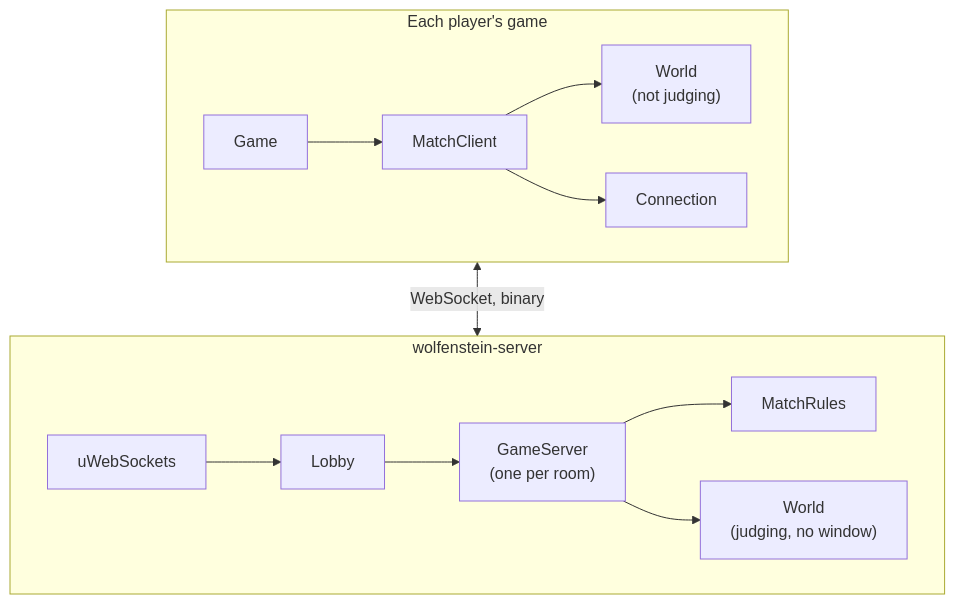
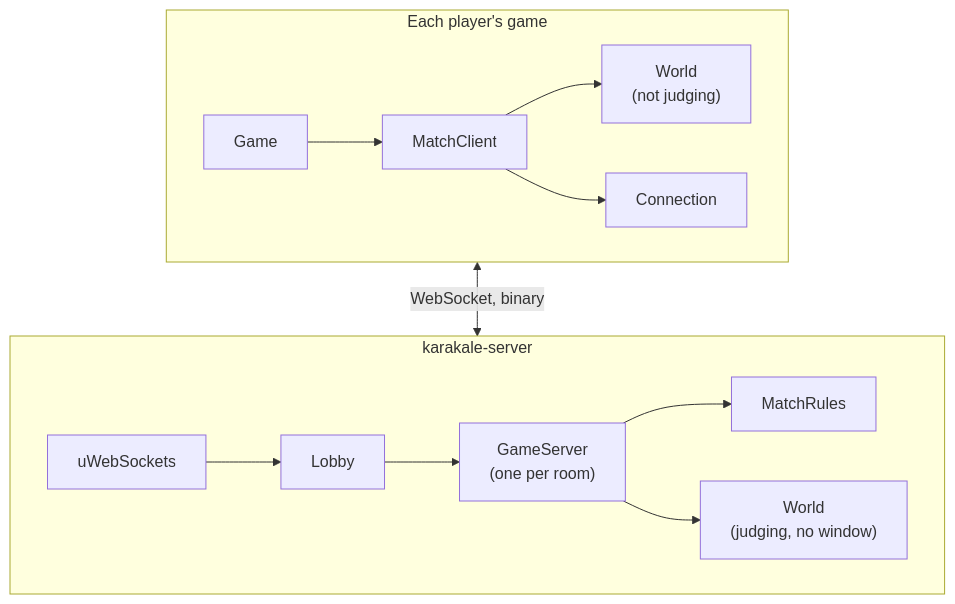
Before and after one commit to bilalkah/wolfenstein: the first of 2 diagrams in docs-site/multiplayer.md, drawn with Mermaid. The commit also changed 207 other files, not shown here.

````diff
--- a/docs-site/multiplayer.md
+++ b/docs-site/multiplayer.md
@@ -17,15 +17,15 @@
 ```mermaid
 flowchart TB
     subgraph player["Each player's game"]
         direction LR
         g["Game"] --> m["MatchClient"] --> w["World<br/>(not judging)"]
         m --> c["Connection"]
     end
-    subgraph server["wolfenstein-server"]
+    subgraph server["karakale-server"]
         direction LR
         u["uWebSockets"] --> l["Lobby"] --> gs["GameServer<br/>(one per room)"]
         gs --> r["MatchRules"]
         gs --> sw["World<br/>(judging, no window)"]
     end
     c <-->|"WebSocket, binary"| u
 ```
````
